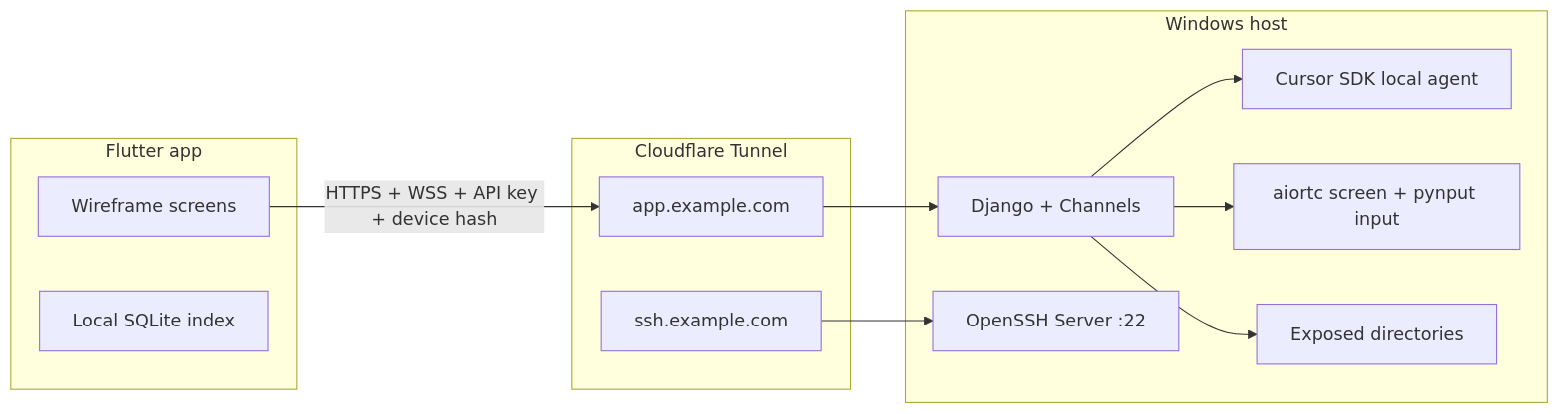
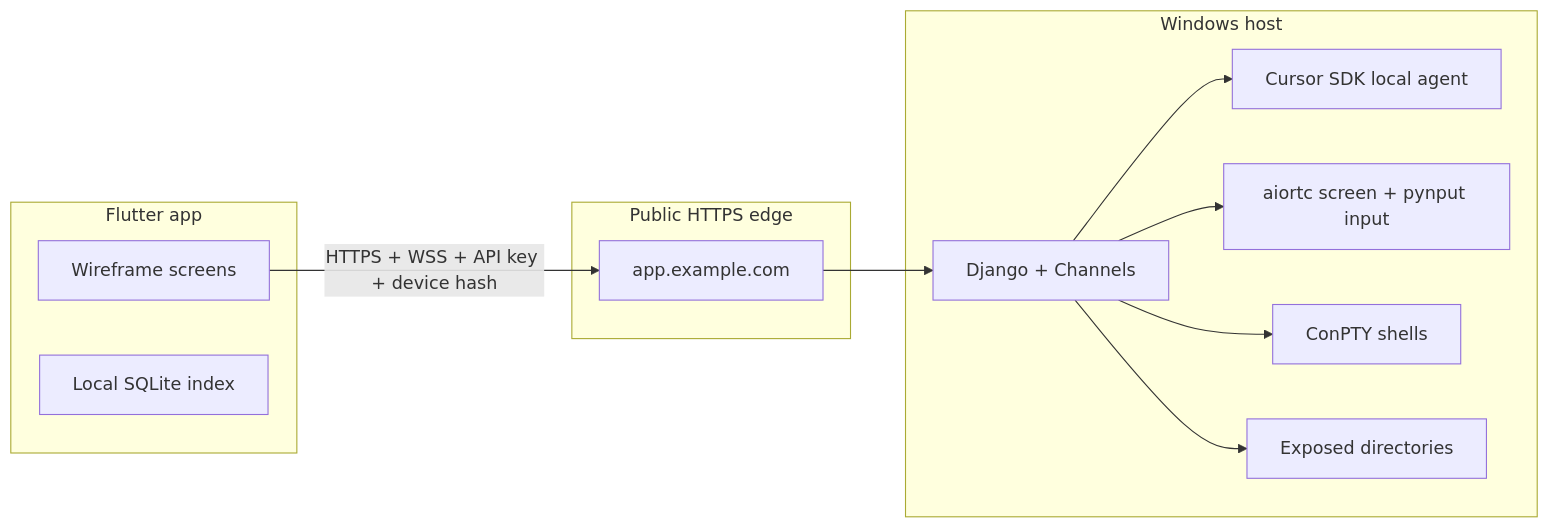
Before and after one commit to abhijayhm/ai-maxx-ide: the diagram in docs/plan/structure.md, drawn with Mermaid. The commit also changed other lines of this file and 9 other files, not shown here.

````diff
--- a/docs/plan/structure.md
+++ b/docs/plan/structure.md
@@ -30,27 +25,26 @@
 ```mermaid
 flowchart LR
   subgraph mobile [Flutter app]
     UI[Wireframe screens]
     LocalIdx[Local SQLite index]
   end
 
-  subgraph cf [Cloudflare Tunnel]
+  subgraph edge [Public HTTPS edge]
     AppHost[app.example.com]
-    SSHHost[ssh.example.com]
   end
 
   subgraph win [Windows host]
     Django[Django + Channels]
     Cursor[Cursor SDK local agent]
     Remote[aiortc screen + pynput input]
-    OpenSSH[OpenSSH Server :22]
+    PTY[ConPTY shells]
     Workspaces[Exposed directories]
   end
 
   UI -->|HTTPS + WSS + API key + device hash| AppHost
   AppHost --> Django
   Django --> Cursor
   Django --> Remote
+  Django --> PTY
   Django --> Workspaces
-  SSHHost --> OpenSSH
 ```
````
